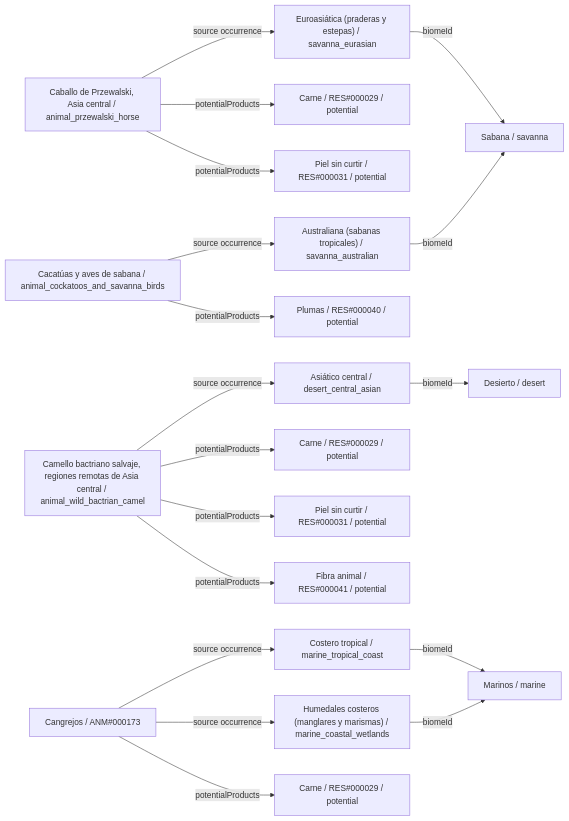
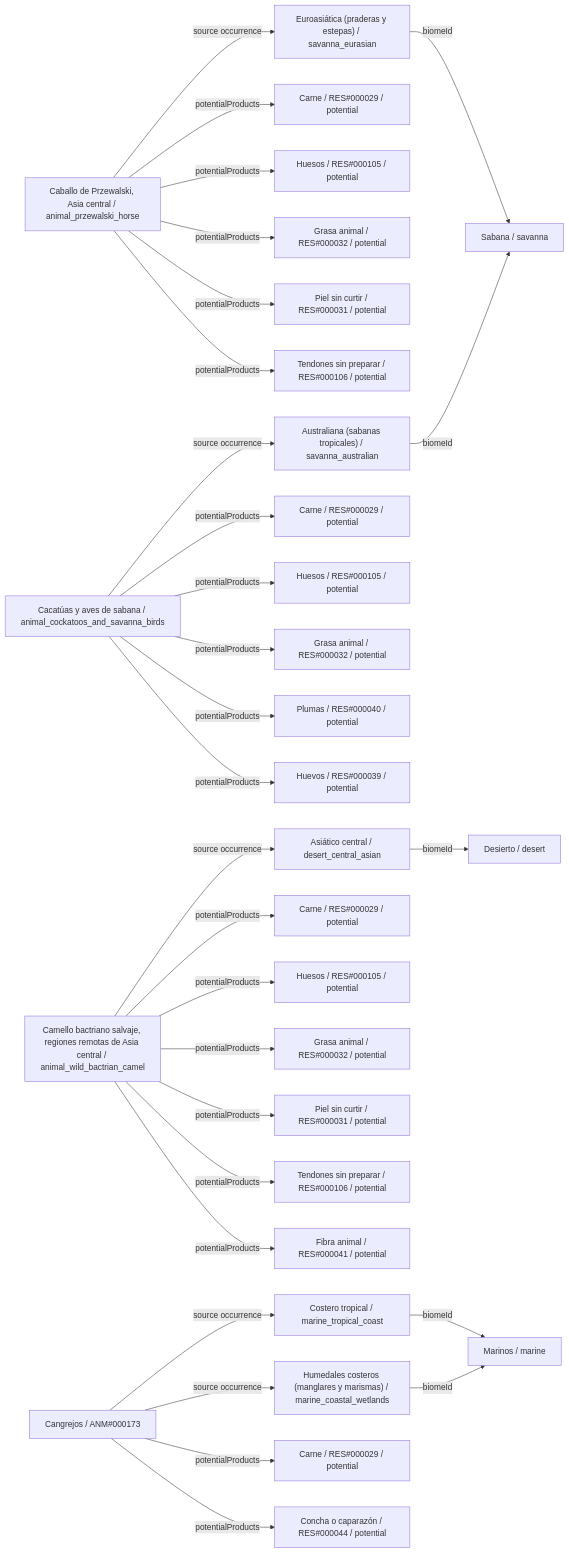
The fourth of 26 diagrams in data/animals/DIAGRAMS.es.md (fgabo404/EvolveDoc), drawn with Mermaid before and after one commit. The commit also changed other lines of this file and 44 other files, not shown here.

````diff
--- a/data/animals/DIAGRAMS.es.md
+++ b/data/animals/DIAGRAMS.es.md
@@ -252,39 +330,61 @@
 ```mermaid
 flowchart LR
     c0["Caballo de Przewalski, Asia central / animal_przewalski_horse"]
     v13["Euroasiática (praderas y estepas) / savanna_eurasian"]
     b3["Sabana / savanna"]
     o0_0["Carne / RES#000029 / potential"]
-    o0_1["Piel sin curtir / RES#000031 / potential"]
+    o0_1["Huesos / RES#000105 / potential"]
+    o0_2["Grasa animal / RES#000032 / potential"]
+    o0_3["Piel sin curtir / RES#000031 / potential"]
+    o0_4["Tendones sin preparar / RES#000106 / potential"]
     c1["Cacatúas y aves de sabana / animal_cockatoos_and_savanna_birds"]
     v14["Australiana (sabanas tropicales) / savanna_australian"]
-    o1_0["Plumas / RES#000040 / potential"]
+    o1_0["Carne / RES#000029 / potential"]
+    o1_1["Huesos / RES#000105 / potential"]
+    o1_2["Grasa animal / RES#000032 / potential"]
+    o1_3["Plumas / RES#000040 / potential"]
+    o1_4["Huevos / RES#000039 / potential"]
     c2["Camello bactriano salvaje, regiones remotas de Asia central / animal_wild_bactrian_camel"]
     v17["Asiático central / desert_central_asian"]
     b4["Desierto / desert"]
     o2_0["Carne / RES#000029 / potential"]
-    o2_1["Piel sin curtir / RES#000031 / potential"]
-    o2_2["Fibra animal / RES#000041 / potential"]
+    o2_1["Huesos / RES#000105 / potential"]
+    o2_2["Grasa animal / RES#000032 / potential"]
+    o2_3["Piel sin curtir / RES#000031 / potential"]
+    o2_4["Tendones sin preparar / RES#000106 / potential"]
+    o2_5["Fibra animal / RES#000041 / potential"]
     c3["Cangrejos / ANM#000173"]
     v19["Costero tropical / marine_tropical_coast"]
     b5["Marinos / marine"]
     v22["Humedales costeros (manglares y marismas) / marine_coastal_wetlands"]
     o3_0["Carne / RES#000029 / potential"]
+    o3_1["Concha o caparazón / RES#000044 / potential"]
     c0 -->|potentialProducts| o0_0
     c0 -->|potentialProducts| o0_1
+    c0 -->|potentialProducts| o0_2
+    c0 -->|potentialProducts| o0_3
+    c0 -->|potentialProducts| o0_4
     c0 -->|source occurrence| v13
     c1 -->|potentialProducts| o1_0
+    c1 -->|potentialProducts| o1_1
+    c1 -->|potentialProducts| o1_2
+    c1 -->|potentialProducts| o1_3
+    c1 -->|potentialProducts| o1_4
     c1 -->|source occurrence| v14
     c2 -->|potentialProducts| o2_0
     c2 -->|potentialProducts| o2_1
     c2 -->|potentialProducts| o2_2
+    c2 -->|potentialProducts| o2_3
+    c2 -->|potentialProducts| o2_4
+    c2 -->|potentialProducts| o2_5
     c2 -->|source occurrence| v17
     c3 -->|potentialProducts| o3_0
+    c3 -->|potentialProducts| o3_1
     c3 -->|source occurrence| v19
     c3 -->|source occurrence| v22
     v13 -->|biomeId| b3
     v14 -->|biomeId| b3
     v17 -->|biomeId| b4
     v19 -->|biomeId| b5
     v22 -->|biomeId| b5
 ```
````
